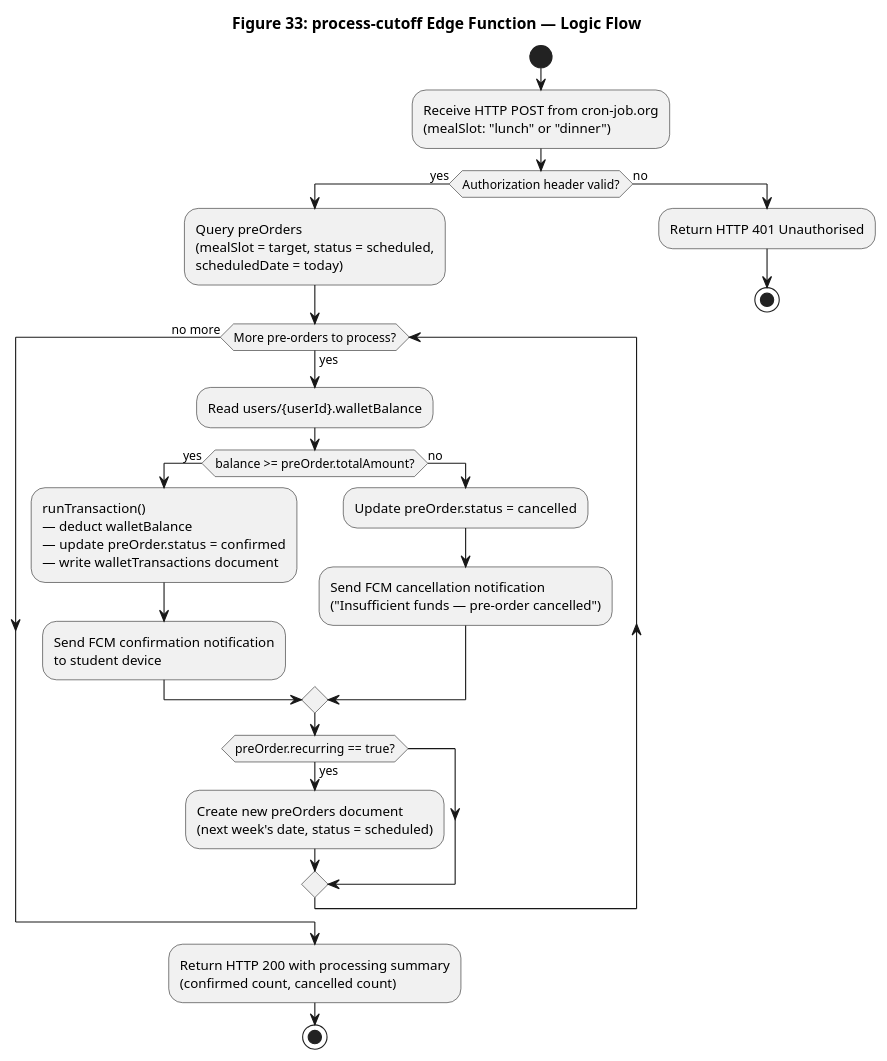
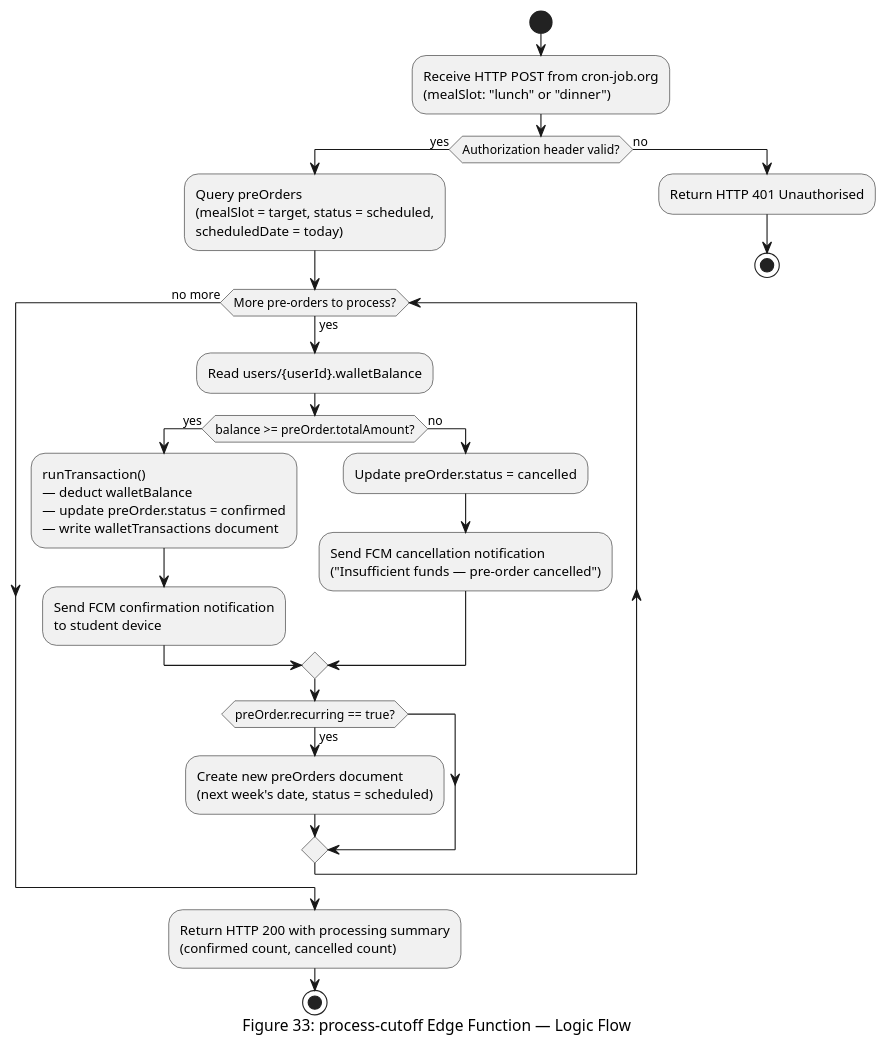
One commit to Musyonchez/beni-2 changed the fourth of 12 diagrams in pdf-source/figures/ch-6.md. Above: the diagram before and after it, drawn with PlantUML. The commit also changed other lines of this file and 30 other files, not shown here.

First line of the commit message:
chore: update figures, add generated PNGs, fix figure follow-up paragraphs

````diff
--- a/pdf-source/figures/ch-6.md
+++ b/pdf-source/figures/ch-6.md
@@ -184,31 +184,31 @@
 ```plantuml
 @startuml Figure33_ProcessCutoffLogic
 skinparam backgroundColor white
 skinparam defaultFontName Arial
-title Figure 33: process-cutoff Edge Function — Logic Flow
+caption Figure 33: process-cutoff Edge Function — Logic Flow
 
 start
 :Receive HTTP POST from cron-job.org\n(mealSlot: "lunch" or "dinner");
 if (Authorization header valid?) then (yes)
   :Query preOrders\n(mealSlot = target, status = scheduled,\nscheduledDate = today);
   while (More pre-orders to process?) is (yes)
     :Read users/{userId}.walletBalance;
     if (balance >= preOrder.totalAmount?) then (yes)
       :runTransaction()\n— deduct walletBalance\n— update preOrder.status = confirmed\n— write walletTransactions document;
       :Send FCM confirmation notification\nto student device;
     else (no)
       :Update preOrder.status = cancelled;
       :Send FCM cancellation notification\n("Insufficient funds — pre-order cancelled");
     endif
     if (preOrder.recurring == true?) then (yes)
       :Create new preOrders document\n(next week's date, status = scheduled);
     endif
   endwhile (no more)
   :Return HTTP 200 with processing summary\n(confirmed count, cancelled count);
   stop
 else (no)
   :Return HTTP 401 Unauthorised;
   stop
 endif
 @enduml
 ```
````
